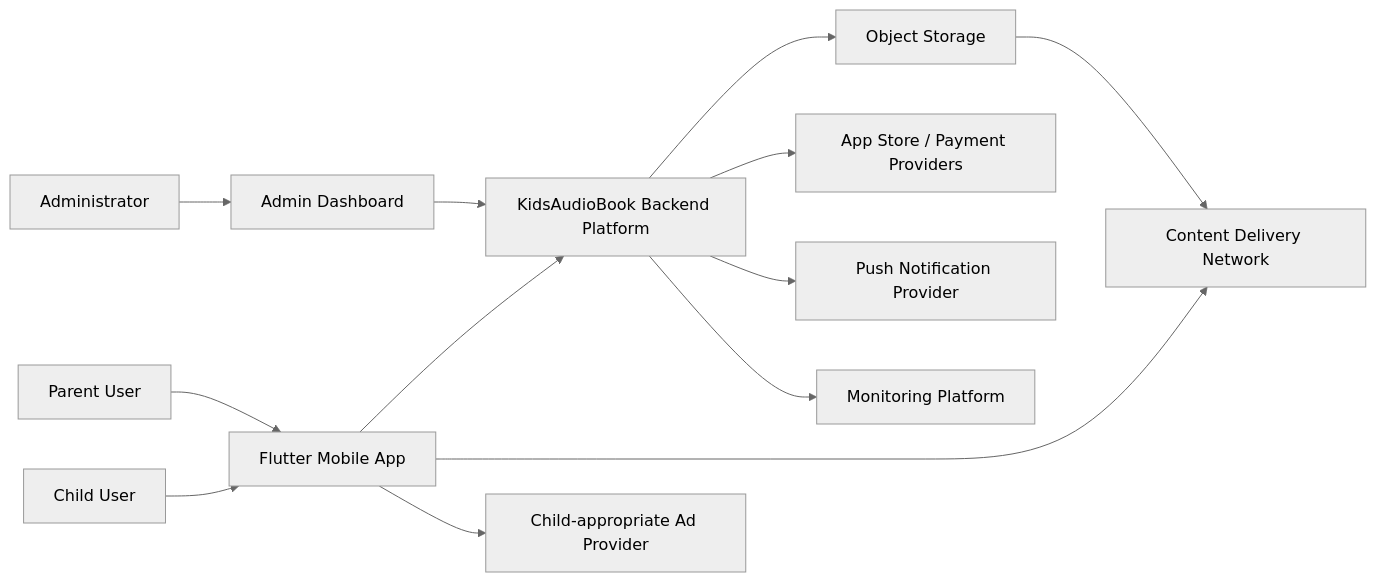
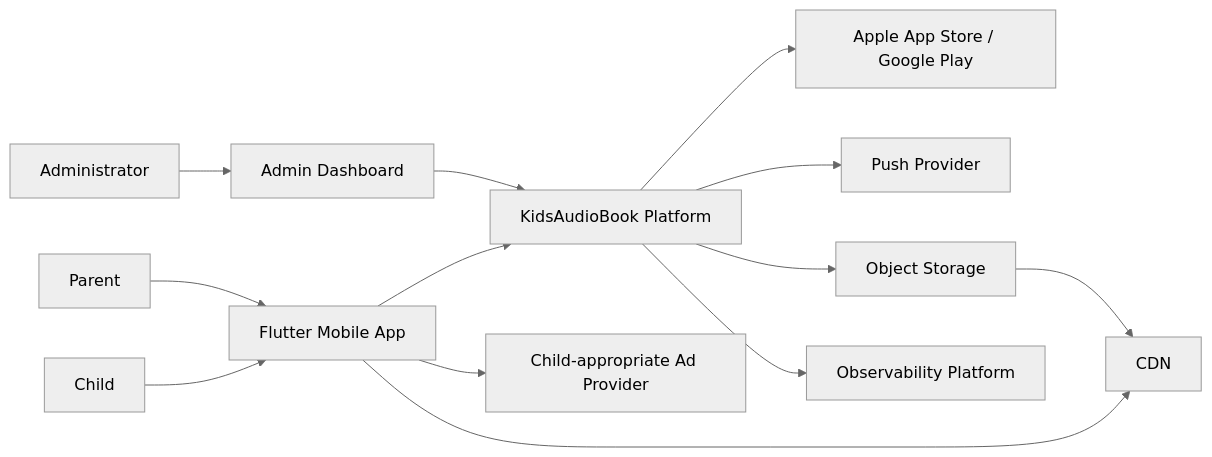
Before and after one commit to IoanMarian08/KidsAudioBookPlatform: the first of 6 diagrams in docs/03_Architecture/Software_Architecture.md, drawn with Mermaid (neutral theme). The commit also changed other lines of this file, not shown here.

Commit message:
docs(architecture): deepen software architecture specification

````diff
--- a/docs/03_Architecture/Software_Architecture.md
+++ b/docs/03_Architecture/Software_Architecture.md
@@ -99,28 +97,28 @@
 ```mermaid
 graph LR
-    Parent[Parent User]
-    Child[Child User]
+    Parent[Parent]
+    Child[Child]
     Admin[Administrator]
     Mobile[Flutter Mobile App]
     Dashboard[Admin Dashboard]
-    Platform[KidsAudioBook Backend Platform]
+    Platform[KidsAudioBook Platform]
+    Store[Apple App Store / Google Play]
+    Push[Push Provider]
+    Ads[Child-appropriate Ad Provider]
+    CDN[CDN]
     Storage[Object Storage]
-    CDN[Content Delivery Network]
-    Payment[App Store / Payment Providers]
-    Push[Push Notification Provider]
-    Ads[Child-appropriate Ad Provider]
-    Observability[Monitoring Platform]
+    Ops[Observability Platform]
 
     Parent --> Mobile
     Child --> Mobile
     Admin --> Dashboard
     Mobile --> Platform
     Dashboard --> Platform
+    Platform --> Store
+    Platform --> Push
+    Mobile --> Ads
     Platform --> Storage
     Storage --> CDN
     Mobile --> CDN
-    Platform --> Payment
-    Platform --> Push
-    Mobile --> Ads
-    Platform --> Observability
+    Platform --> Ops
 ```
````
